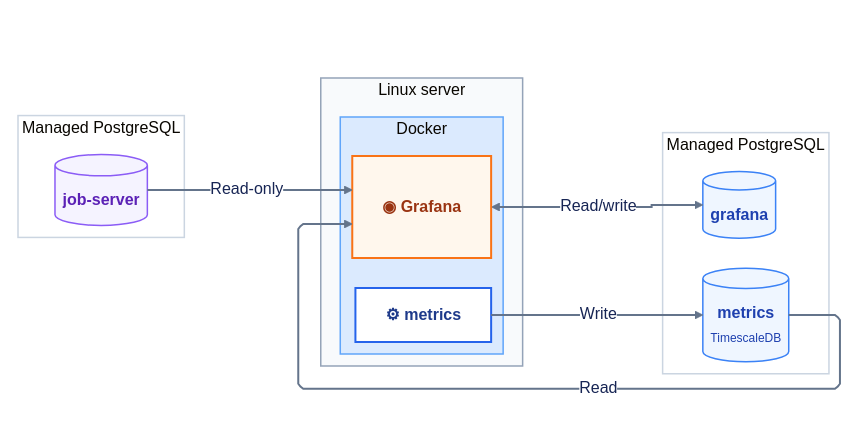
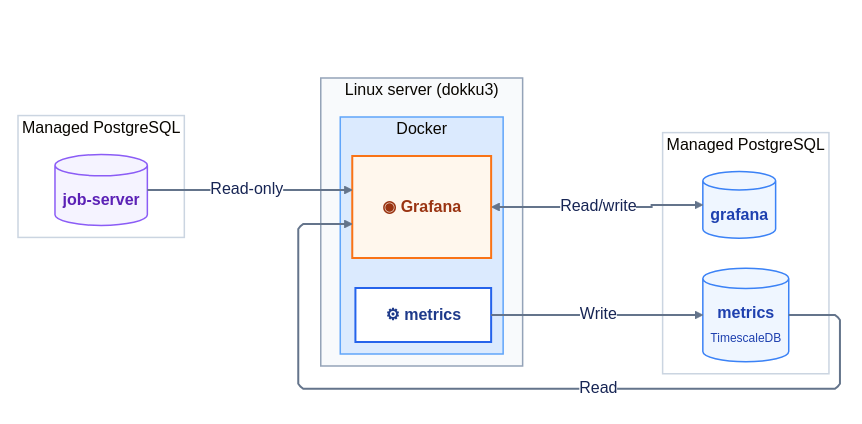
One commit to ebmdatalab/metrics changed the first of 2 diagrams in DEVELOPERS.md. Above: the diagram before and after it, drawn with Mermaid.

Commit message:
Add server label to diagram

````diff
--- a/DEVELOPERS.md
+++ b/DEVELOPERS.md
@@ -9,66 +9,66 @@
 ```mermaid
 ---
 config:
   layout: elk
   theme: base
   themeVariables:
     background: "#FFFFFF"
     fontFamily: "Inter, Arial, sans-serif"
     fontSize: 16px
     primaryTextColor: "#172554"
     lineColor: "#64748B"
     edgeLabelBackground: "#FFFFFF"
   flowchart:
     curve: linear
     nodeSpacing: 100
     rankSpacing: 120
     diagramPadding: 30
 ---
 flowchart LR
 
     subgraph BACKGROUND[" "]
         direction LR
 
-        subgraph SERVER["Linux server"]
+        subgraph SERVER["Linux server (dokku3)"]
             direction TB
             subgraph DOCKER["Docker"]
                 direction TB
                 METRICS["<b>⚙ metrics</b>"]
                 GRAFANA["<br/><b>◉ Grafana</b><br/><br/>"]
             end
         end
 
         subgraph STORAGE["Managed PostgreSQL"]
             direction TB
             METRICS_DB[("<b>metrics</b><br/><span style='font-size:12px;color:#64748B'>TimescaleDB</span>")]
             GRAFANA_DB[("<b>grafana</b>")]
         end
 
         subgraph JOB["Managed PostgreSQL"]
             JOB_DB[("<b>job-server</b>")]
         end
 
         METRICS -->|Write| METRICS_DB
         METRICS_DB -->|Read| GRAFANA
         GRAFANA <-->|Read/write| GRAFANA_DB
         JOB_DB -->|Read-only| GRAFANA
     end
 
     classDef app fill:#FFFFFF,stroke:#2563EB,stroke-width:2px,color:#1E3A8A
     classDef grafana fill:#FFF7ED,stroke:#F97316,stroke-width:2px,color:#9A3412
     classDef database fill:#EFF6FF,stroke:#3B82F6,stroke-width:1.5px,color:#1E40AF
     classDef external fill:#F5F3FF,stroke:#8B5CF6,stroke-width:1.5px,color:#5B21B6
 
     class METRICS app
     class GRAFANA grafana
     class METRICS_DB,GRAFANA_DB database
     class JOB_DB external
 
     style BACKGROUND fill:#FFFFFF,stroke:#FFFFFF,stroke-width:0px
     style SERVER fill:#F8FAFC,stroke:#94A3B8,stroke-width:1.5px
     style DOCKER fill:#DBEAFE,stroke:#60A5FA,stroke-width:1.5px
     style STORAGE fill:#FFFFFF,stroke:#CBD5E1,stroke-width:1.5px
     style JOB fill:#FFFFFF,stroke:#CBD5E1,stroke-width:1.5px
 
     linkStyle default stroke:#64748B,stroke-width:2px
 ```
````
